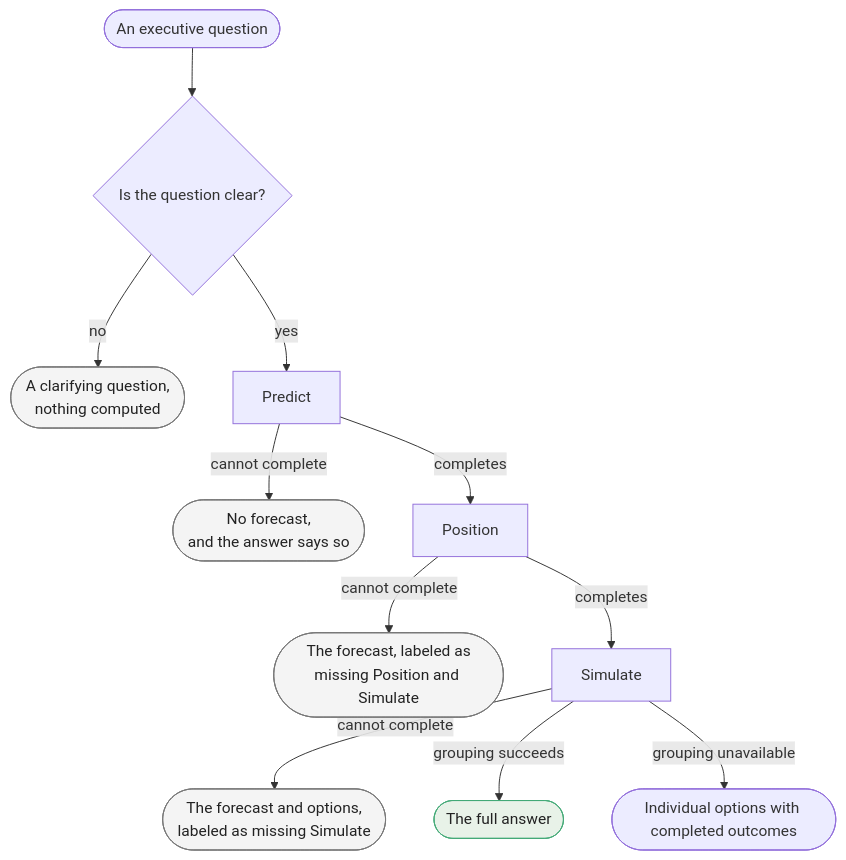
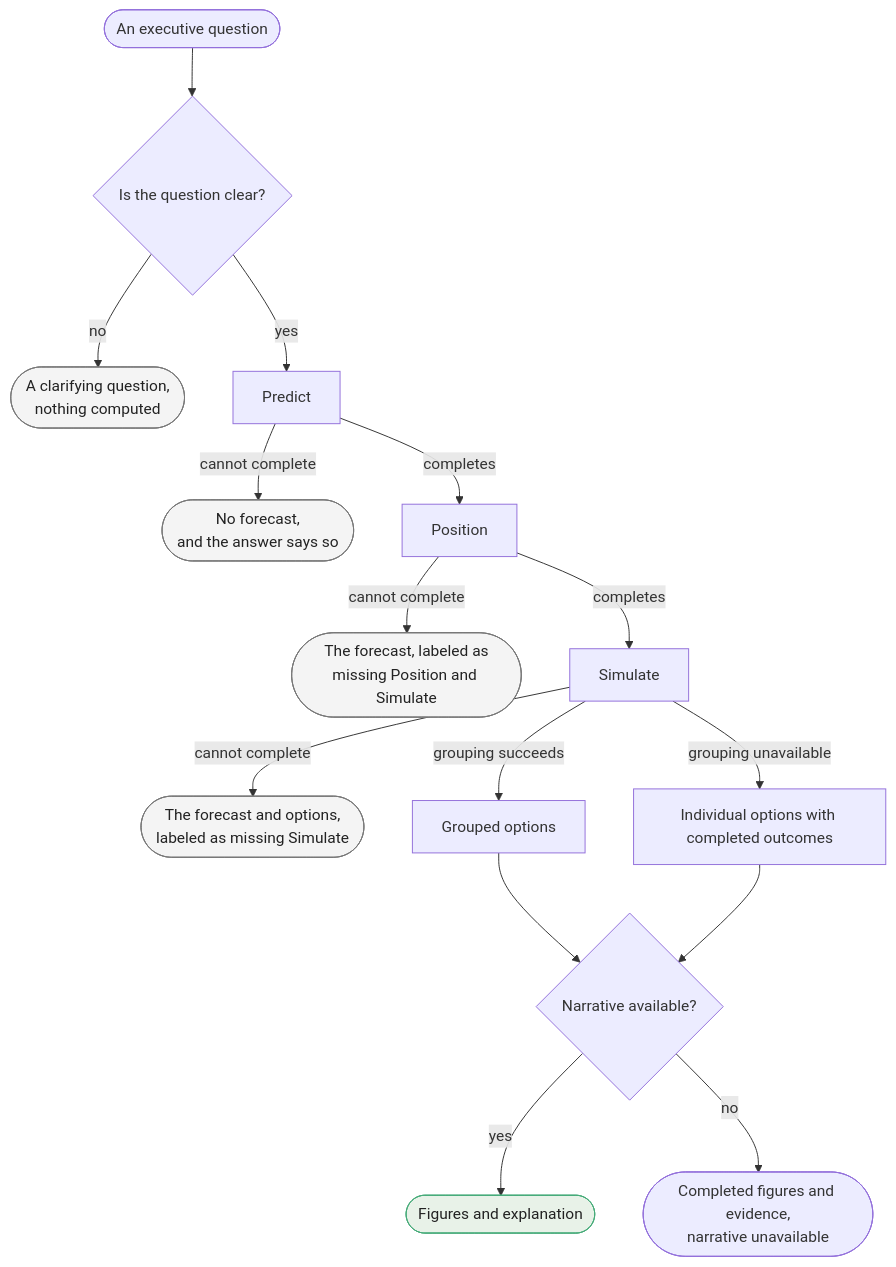
One commit to billy-atkins/price-horizon changed the fourth of 4 diagrams in specs/application/product/architecture.md. Above: the diagram before and after it, drawn with Mermaid. The commit also changed other lines of this file and 38 other files, not shown here.

````diff
--- a/specs/application/product/architecture.md
+++ b/specs/application/product/architecture.md
@@ -203,22 +204,26 @@
 ```mermaid
 ---
 config:
   layout: dagre
 ---
 flowchart TD
     Q(["An executive question"]) --> R{"Is the question clear?"}
     R -->|"no"| CL(["A clarifying question,<br/>nothing computed"])
     R -->|"yes"| P["Predict"]
     P -->|"cannot complete"| NF(["No forecast,<br/>and the answer says so"])
     P -->|"completes"| POS["Position"]
     POS -->|"cannot complete"| NP(["The forecast, labeled as<br/>missing Position and Simulate"])
     POS -->|"completes"| SIM["Simulate"]
     SIM -->|"cannot complete"| NS(["The forecast and options,<br/>labeled as missing Simulate"])
-    SIM -->|"grouping succeeds"| FULL(["The full answer"])
-    SIM -->|"grouping unavailable"| IND(["Individual options with completed outcomes"])
+    SIM -->|"grouping succeeds"| GROUP["Grouped options"]
+    SIM -->|"grouping unavailable"| IND["Individual options with completed outcomes"]
+    GROUP --> NARR{"Narrative available?"}
+    IND --> NARR
+    NARR -->|"yes"| FULL(["Figures and explanation"])
+    NARR -->|"no"| STRUCT(["Completed figures and evidence,<br/>narrative unavailable"])
 
     classDef stop fill:#f4f4f4,stroke:#777,color:#222
     classDef done fill:#e8f2e8,stroke:#4a7,color:#222
     class CL,NF,NP,NS stop
     class FULL done
 ```
````
